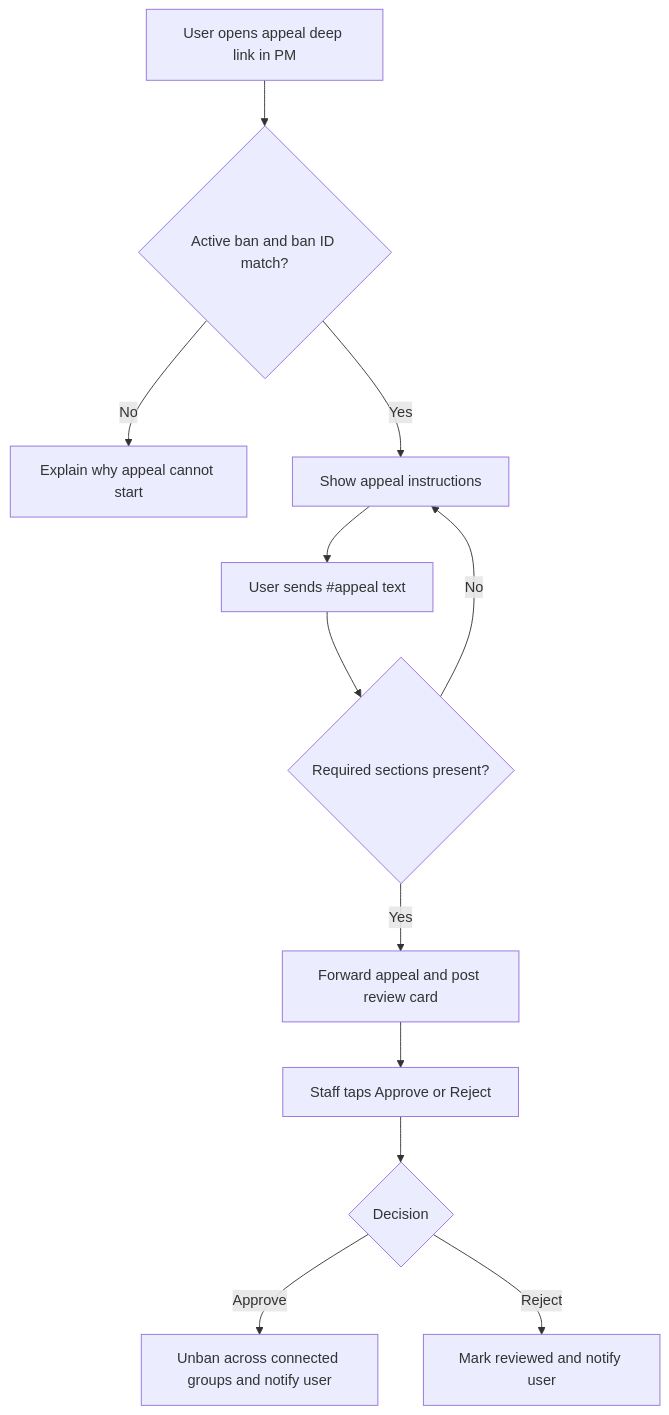
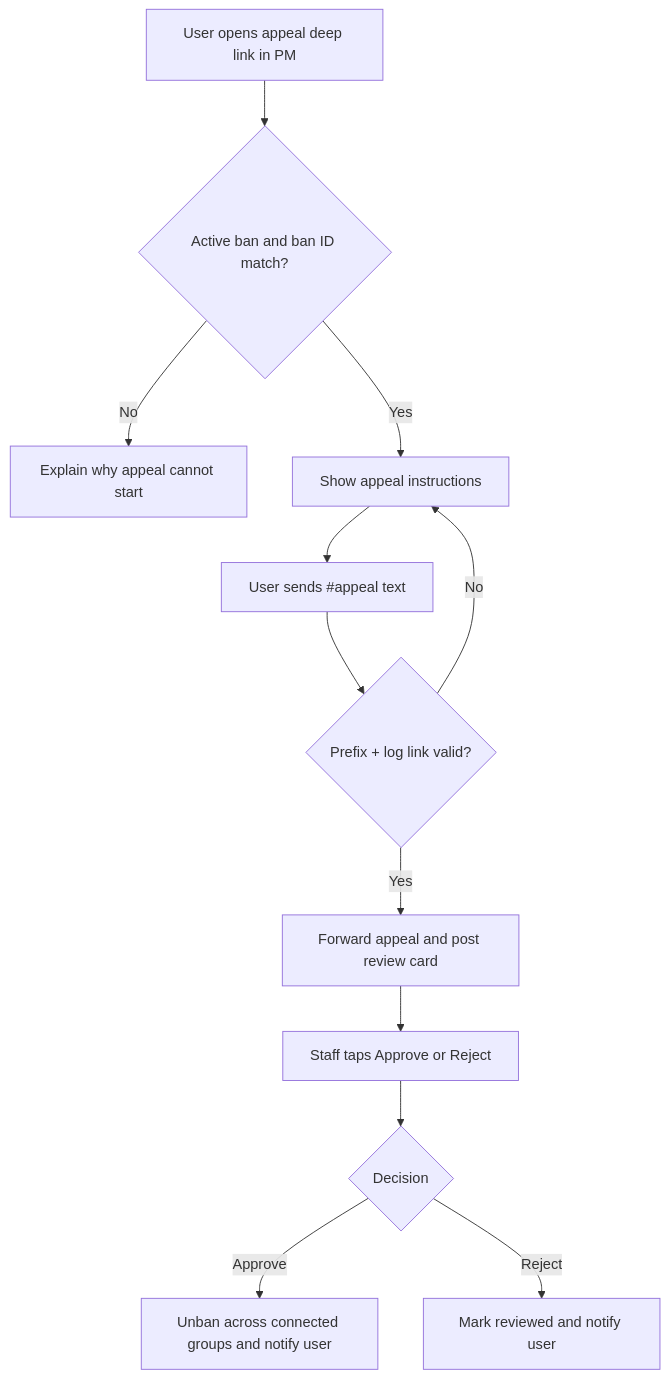
One commit to D1ZZY4/tgbot_tcf changed the third of 4 diagrams in docs/features/workflow-overview.md. Above: the diagram before and after it, drawn with Mermaid. The commit also changed other lines of this file and 8 other files, not shown here.

````diff
--- a/docs/features/workflow-overview.md
+++ b/docs/features/workflow-overview.md
@@ -66,14 +66,14 @@
 ```mermaid
 flowchart TD
     A[User opens appeal deep link in PM] --> B{Active ban and ban ID match?}
     B -- No --> X[Explain why appeal cannot start]
     B -- Yes --> C[Show appeal instructions]
     C --> D[User sends #appeal text]
-    D --> E{Required sections present?}
+    D --> E{Prefix + log link valid?}
     E -- No --> C
     E -- Yes --> F[Forward appeal and post review card]
     F --> G[Staff taps Approve or Reject]
     G --> H{Decision}
     H -- Approve --> I[Unban across connected groups and notify user]
     H -- Reject --> J[Mark reviewed and notify user]
 ```
````
